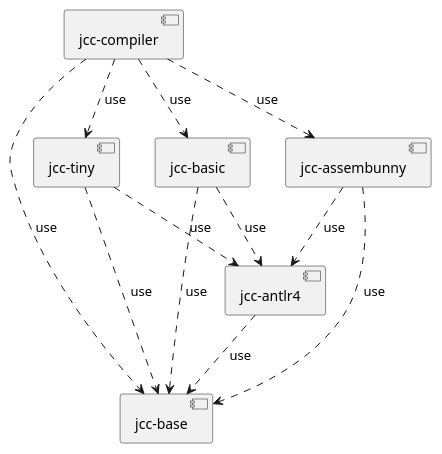
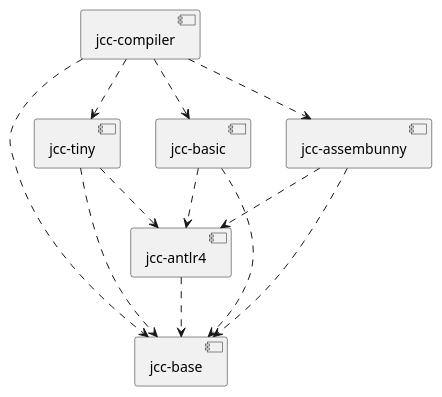
Before and after one commit to dykstrom/jcc: the diagram in docs/diagrams/Modules.puml, drawn with PlantUML.

Commit message:
Simplify Maven modules chart

```diff
--- a/docs/diagrams/Modules.puml
+++ b/docs/diagrams/Modules.puml
@@ -1,22 +1,22 @@
 @startuml
 
 [jcc-base] as base
 [jcc-antlr4] as antlr4
 [jcc-assembunny] as assembunny
 [jcc-basic] as basic
 [jcc-tiny] as tiny
 [jcc-compiler] as compiler
 
-base <.u. antlr4 : use
-base <.u. assembunny : use
-base <.u. basic : use
-base <.u. tiny : use
-base <.u. compiler : use
-antlr4 <.u. assembunny : use
-antlr4 <.u. basic : use
-antlr4 <.u. tiny : use
-assembunny <.u. compiler : use
-basic <.u. compiler : use
-tiny <.u. compiler : use
+base <.u. antlr4
+base <.u. assembunny
+base <.u. basic
+base <.u. tiny
+base <.u. compiler
+antlr4 <.u. assembunny
+antlr4 <.u. basic
+antlr4 <.u. tiny
+assembunny <.u. compiler
+basic <.u. compiler
+tiny <.u. compiler
 
 @enduml
```
